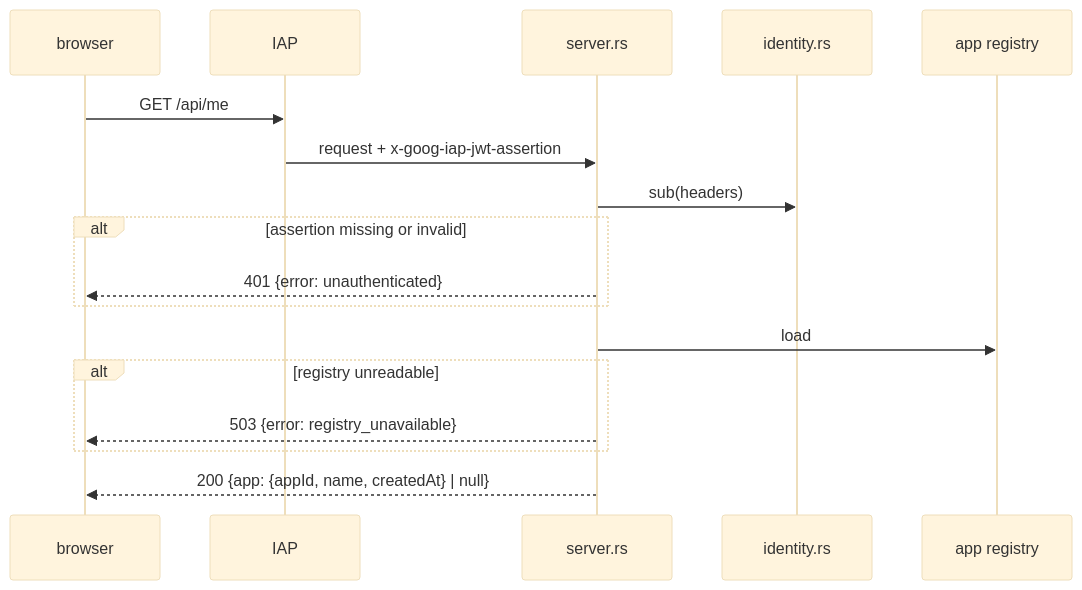
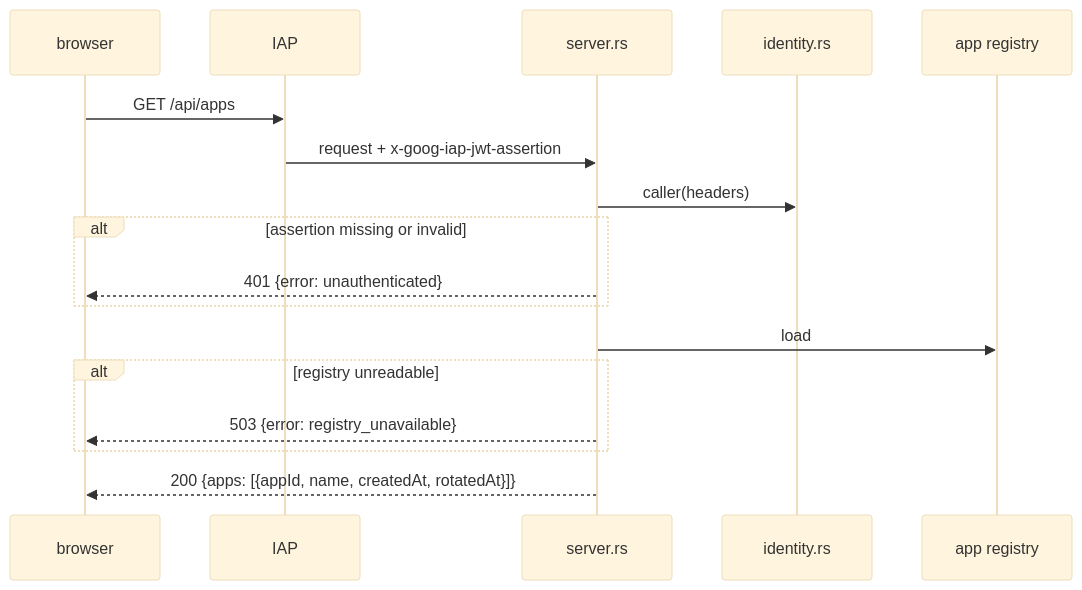
One commit to nttcom/moq-wasm changed the diagram in docs/architecture/console/architecture.md. Above: the diagram before and after it, drawn with Mermaid (base theme). The commit also changed other lines of this file and 7 other files, not shown here.

First line of the commit message:
feat(console): serve several apps per employee, the rotation time, the relay URL and the caller's email

````diff
--- a/docs/architecture/console/architecture.md
+++ b/docs/architecture/console/architecture.md
@@ -32,19 +32,19 @@
 ```mermaid
 sequenceDiagram
     participant B as browser
     participant I as IAP
     participant S as server.rs
     participant D as identity.rs
     participant R as app registry
-    B->>I: GET /api/me
+    B->>I: GET /api/apps
     I->>S: request + x-goog-iap-jwt-assertion
-    S->>D: sub(headers)
+    S->>D: caller(headers)
     alt assertion missing or invalid
         S-->>B: 401 {error: unauthenticated}
     end
     S->>R: load
     alt registry unreadable
         S-->>B: 503 {error: registry_unavailable}
     end
-    S-->>B: 200 {app: {appId, name, createdAt} | null}
+    S-->>B: 200 {apps: [{appId, name, createdAt, rotatedAt}]}
 ```
````
